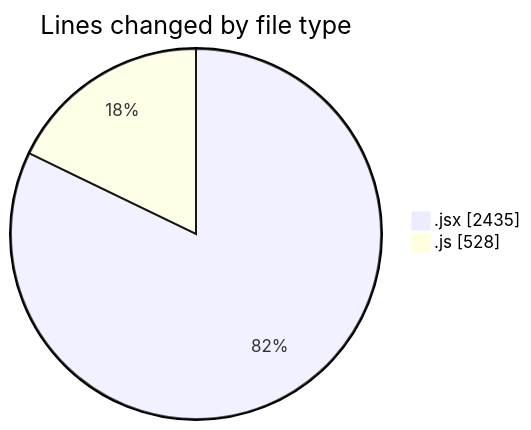
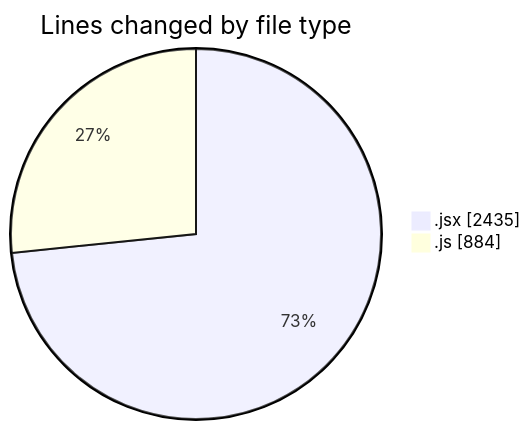
Before and after one commit to nxtqubesakshisongat/code-tracking: the first of 2 diagrams in 2025-08-26/nxtqube_webapp/README.md, drawn with Mermaid. The commit also changed other lines of this file and 1 other file, not shown here.

````diff
--- a/2025-08-26/nxtqube_webapp/README.md
+++ b/2025-08-26/nxtqube_webapp/README.md
@@ -27,6 +27,6 @@
 ```mermaid
 pie showData
 title Lines changed by file type
 ".jsx" : 2435
-".js" : 528
+".js" : 884
 ```
````
